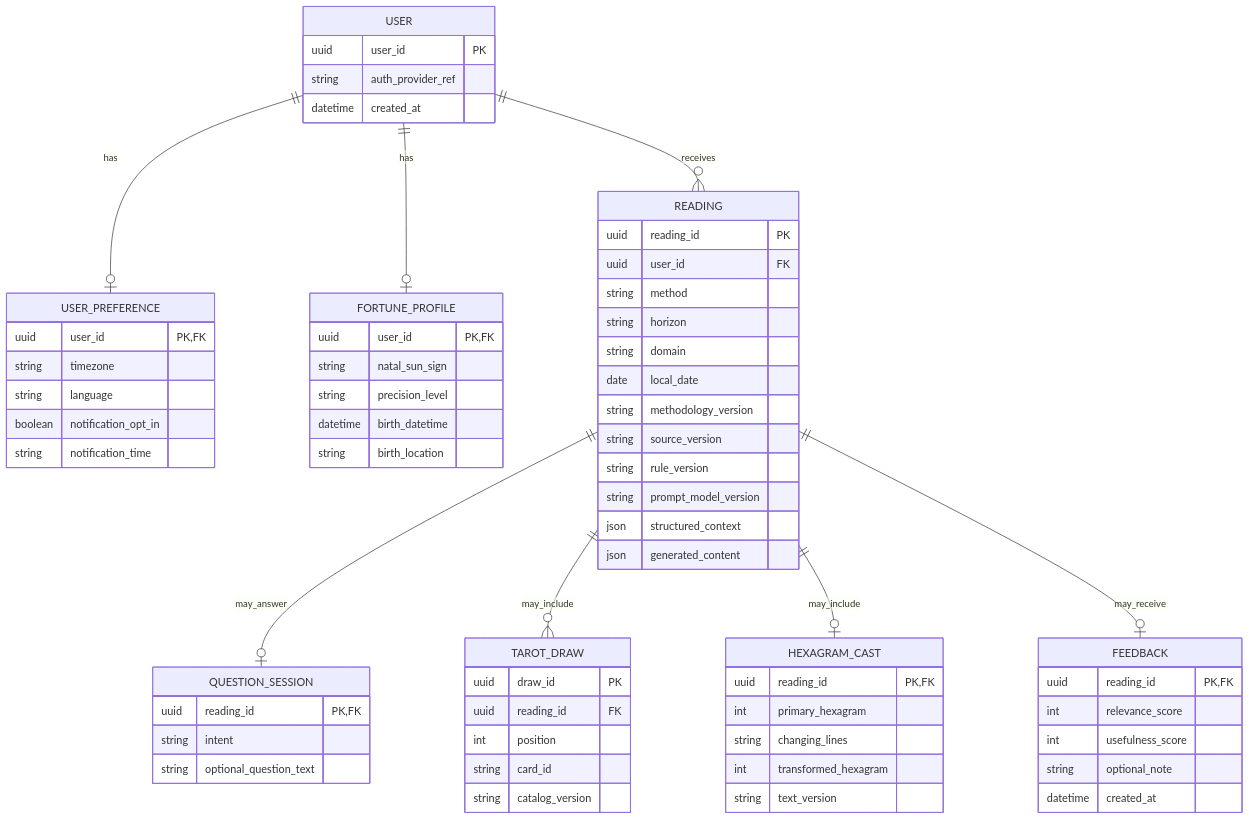
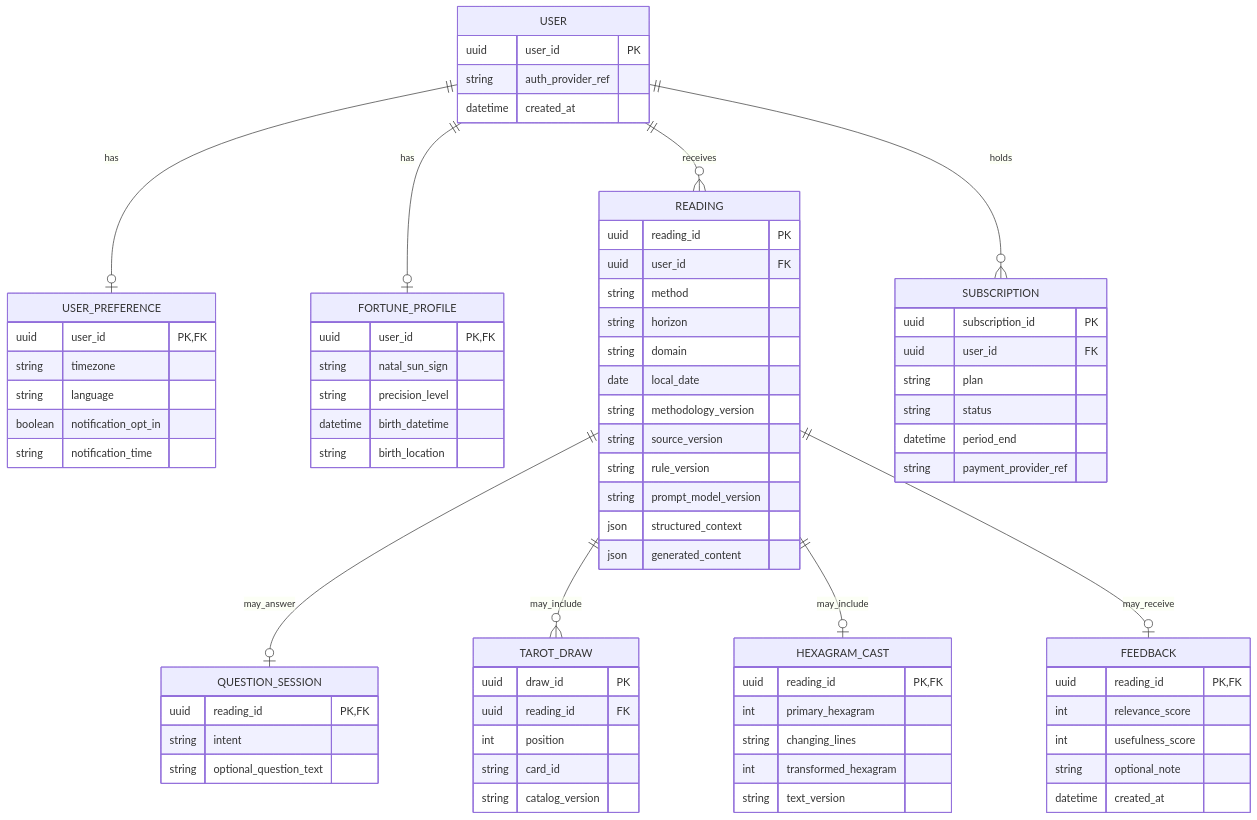
The third of 3 diagrams in ANSWER.md (Dxrksvng/AIdailyFortune), drawn with Mermaid before and after one commit. The commit also changed other lines of this file, not shown here.

First line of the commit message:
docs: expand 4.5 KPIs with formulas and business metrics; add packages and subscription entity

````diff
--- a/ANSWER.md
+++ b/ANSWER.md
@@ -131,69 +147,78 @@
 ```mermaid
 erDiagram
     USER ||--o| USER_PREFERENCE : has
     USER ||--o| FORTUNE_PROFILE : has
     USER ||--o{ READING : receives
+    USER ||--o{ SUBSCRIPTION : holds
     READING ||--o| QUESTION_SESSION : may_answer
     READING ||--o{ TAROT_DRAW : may_include
     READING ||--o| HEXAGRAM_CAST : may_include
     READING ||--o| FEEDBACK : may_receive
     USER {
       uuid user_id PK
       string auth_provider_ref
       datetime created_at
+    }
+    SUBSCRIPTION {
+      uuid subscription_id PK
+      uuid user_id FK
+      string plan
+      string status
+      datetime period_end
+      string payment_provider_ref
     }
     USER_PREFERENCE {
       uuid user_id PK, FK
       string timezone
       string language
       boolean notification_opt_in
       string notification_time
     }
     FORTUNE_PROFILE {
       uuid user_id PK, FK
       string natal_sun_sign
       string precision_level
       datetime birth_datetime
       string birth_location
     }
     READING {
       uuid reading_id PK
       uuid user_id FK
       string method
       string horizon
       string domain
       date local_date
       string methodology_version
       string source_version
       string rule_version
       string prompt_model_version
       json structured_context
       json generated_content
     }
     QUESTION_SESSION {
       uuid reading_id PK, FK
       string intent
       string optional_question_text
     }
     TAROT_DRAW {
       uuid draw_id PK
       uuid reading_id FK
       int position
       string card_id
       string catalog_version
     }
     HEXAGRAM_CAST {
       uuid reading_id PK, FK
       int primary_hexagram
       string changing_lines
       int transformed_hexagram
       string text_version
     }
     FEEDBACK {
       uuid reading_id PK, FK
       int relevance_score
       int usefulness_score
       string optional_note
       datetime created_at
     }
 ```
````
